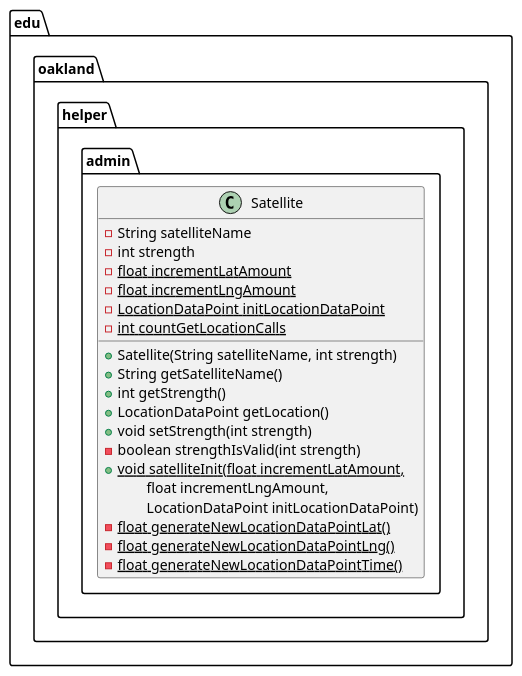
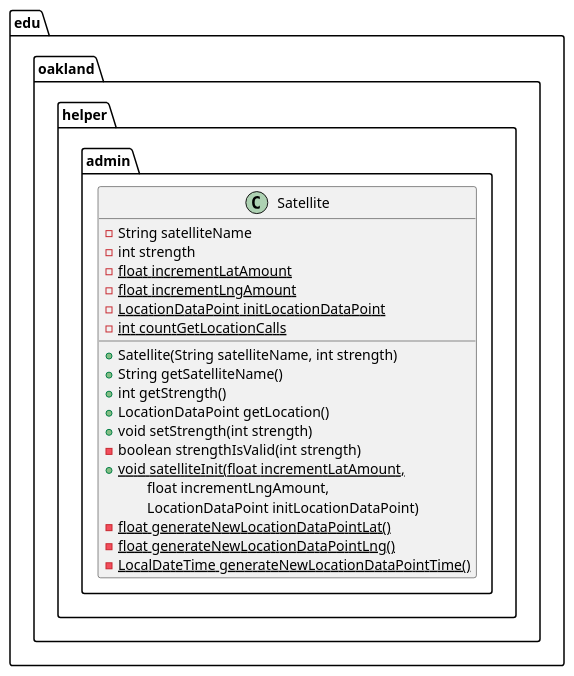
Before and after one commit to casher-ou/csi-3370-software-project: the diagram in docs/uml-class-diagrams/admin/helper/Satellite/Satellite.puml, drawn with PlantUML. The commit also changed 39 other files, not shown here.

```diff
--- a/docs/uml-class-diagrams/admin/helper/Satellite/Satellite.puml
+++ b/docs/uml-class-diagrams/admin/helper/Satellite/Satellite.puml
@@ -1,27 +1,27 @@
 @startuml Satellite
 
 package edu.oakland.helper.admin {
     class Satellite {
         - String satelliteName
         - int strength
         {static} - float incrementLatAmount
         {static} - float incrementLngAmount
         {static} - LocationDataPoint initLocationDataPoint
         {static} - int countGetLocationCalls
         __
         + Satellite(String satelliteName, int strength)
         + String getSatelliteName()
         + int getStrength()
         + LocationDataPoint getLocation()
         + void setStrength(int strength)
         - boolean strengthIsValid(int strength)
         {static} + void satelliteInit(float incrementLatAmount,
         \tfloat incrementLngAmount,
         \tLocationDataPoint initLocationDataPoint)
         {static} - float generateNewLocationDataPointLat()
         {static} - float generateNewLocationDataPointLng()
-        {static} - float generateNewLocationDataPointTime()
+        {static} - LocalDateTime generateNewLocationDataPointTime()
     }
 }
 
 @enduml
```
